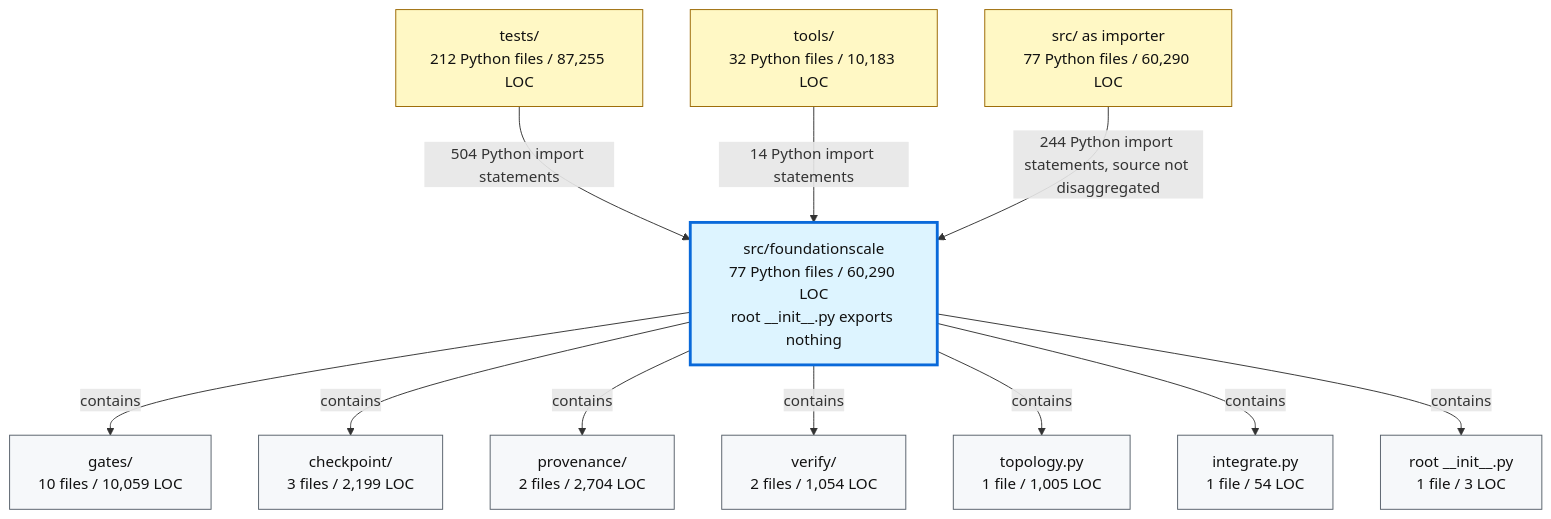
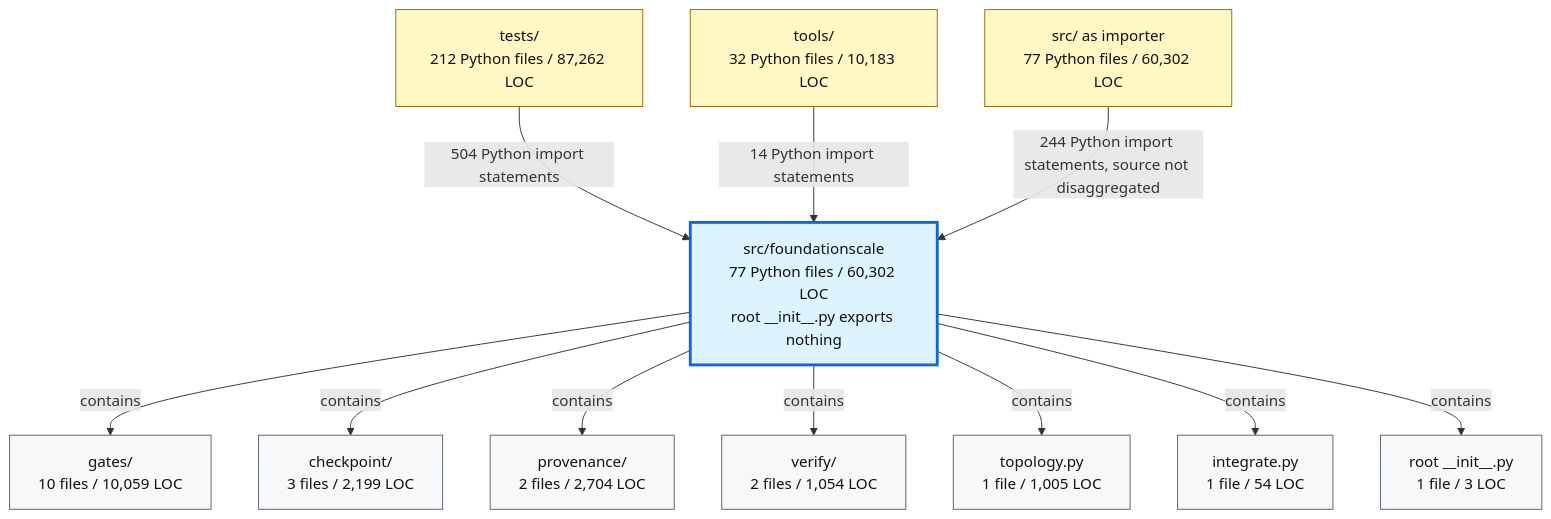
Before and after one commit to TranNhiem/FoundationScale: the second of 2 diagrams in docs/review/D2_current_architecture.md, drawn with Mermaid. The commit also changed other lines of this file and 12 other files, not shown here.

````diff
--- a/docs/review/D2_current_architecture.md
+++ b/docs/review/D2_current_architecture.md
@@ -97,36 +97,36 @@
 ```mermaid
 flowchart TB
-  TESTS["tests/<br/>212 Python files / 87,255 LOC"]
+  TESTS["tests/<br/>212 Python files / 87,262 LOC"]
   TOOLS["tools/<br/>32 Python files / 10,183 LOC"]
-  SRC["src/ as importer<br/>77 Python files / 60,290 LOC"]
+  SRC["src/ as importer<br/>77 Python files / 60,302 LOC"]
 
-  FS["src/foundationscale<br/>77 Python files / 60,290 LOC<br/>root __init__.py exports nothing"]
+  FS["src/foundationscale<br/>77 Python files / 60,302 LOC<br/>root __init__.py exports nothing"]
 
   GATES["gates/<br/>10 files / 10,059 LOC"]
   CKPT["checkpoint/<br/>3 files / 2,199 LOC"]
   PROV["provenance/<br/>2 files / 2,704 LOC"]
   VERIFY["verify/<br/>2 files / 1,054 LOC"]
   TOPO["topology.py<br/>1 file / 1,005 LOC"]
   INTEG["integrate.py<br/>1 file / 54 LOC"]
   ROOT["root __init__.py<br/>1 file / 3 LOC"]
 
   TESTS -->|"504 Python import statements"| FS
   TOOLS -->|"14 Python import statements"| FS
   SRC -->|"244 Python import statements, source not disaggregated"| FS
 
   FS -->|"contains"| GATES
   FS -->|"contains"| CKPT
   FS -->|"contains"| PROV
   FS -->|"contains"| VERIFY
   FS -->|"contains"| TOPO
   FS -->|"contains"| INTEG
   FS -->|"contains"| ROOT
 
   classDef consumer fill:#fff8c5,stroke:#9a6700,color:#111;
   classDef package fill:#ddf4ff,stroke:#0969da,stroke-width:3px,color:#111;
   classDef module fill:#f6f8fa,stroke:#57606a,color:#111;
 
   class TESTS,TOOLS,SRC consumer;
   class FS package;
   class GATES,CKPT,PROV,VERIFY,TOPO,INTEG,ROOT module;
 ```
````
